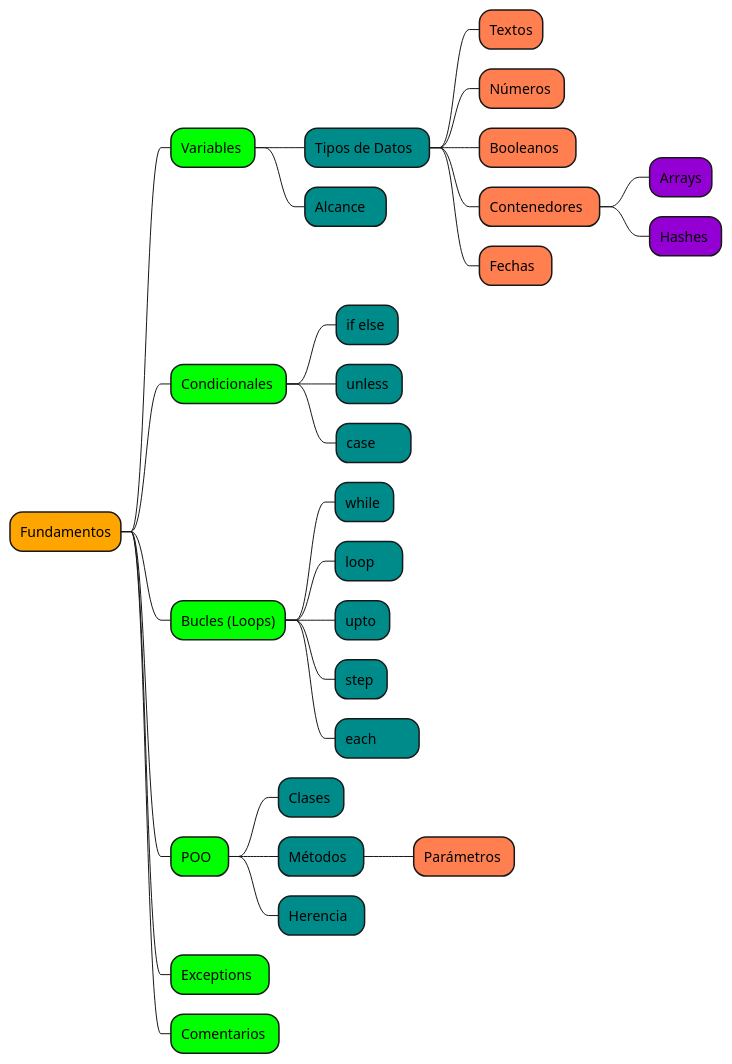
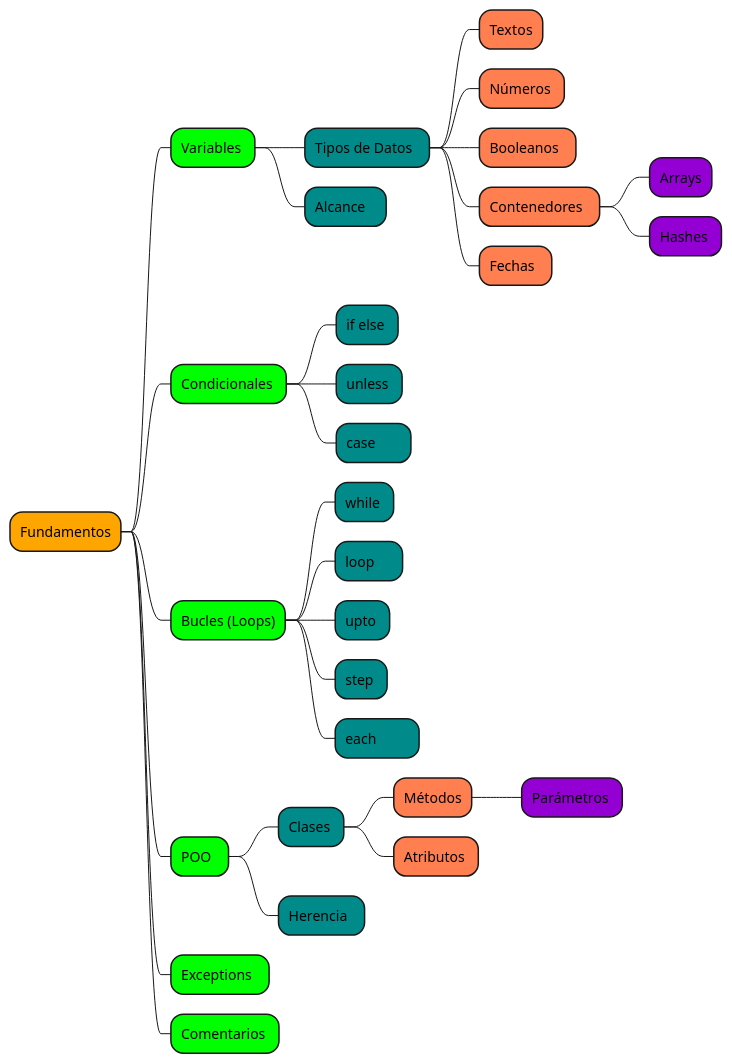
The diagram in imagenes/mindmap.puml (stgoneira/introduccion-programacion-ruby), drawn with PlantUML before and after one commit. The commit also changed 9 other files, not shown here.

```diff
--- a/imagenes/mindmap.puml
+++ b/imagenes/mindmap.puml
@@ -1,30 +1,31 @@
 @startmindmap 
 *[#Orange] Fundamentos
 **[#Lime] Variables 
 ***[#DarkCyan] Tipos de Datos  
 ****[#Coral] Textos
 ****[#Coral] Números 
 ****[#Coral] Booleanos  
 ****[#Coral] Contenedores  
 *****[#DarkViolet] Arrays
 *****[#DarkViolet] Hashes 
 ****[#Coral] Fechas  
 ***[#DarkCyan] Alcance   
 **[#Lime] Condicionales 
 ***[#DarkCyan] if else 
 ***[#DarkCyan] unless 
 ***[#DarkCyan] case       
 **[#Lime] Bucles (Loops)
 ***[#DarkCyan] while 
 ***[#DarkCyan] loop     
 ***[#DarkCyan] upto 
 ***[#DarkCyan] step 
 ***[#DarkCyan] each         
 **[#Lime] POO  
 ***[#DarkCyan] Clases 
-***[#DarkCyan] Métodos  
-****[#Coral] Parámetros 
+****[#Coral] Métodos
+*****[#DarkViolet] Parámetros 
+****[#Coral] Atributos 
 ***[#DarkCyan] Herencia  
 **[#Lime] Exceptions  
 **[#Lime] Comentarios 
 @endmindmap 
```
